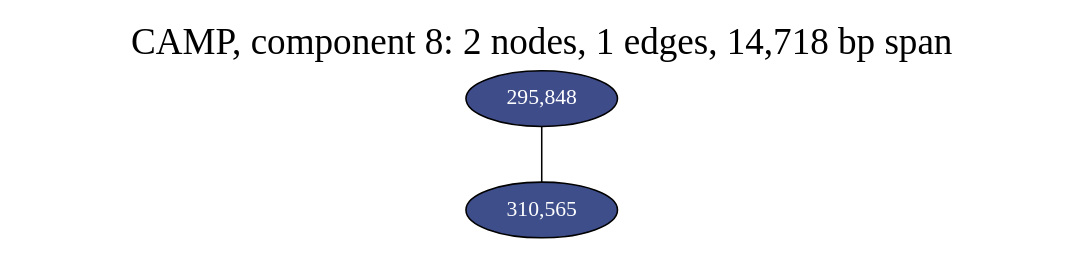
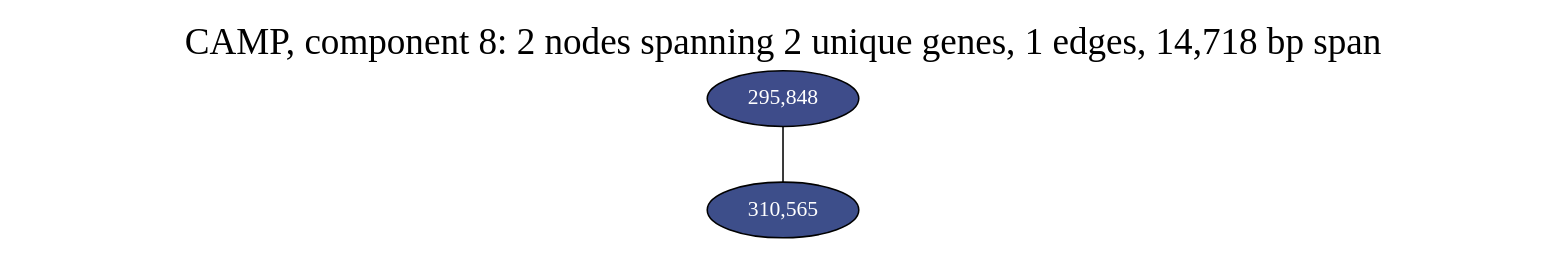
The diagram in notebooks/graphs/CAMP_cc8.gv (fedarko/sheepgut), drawn with Graphviz before and after one commit. The commit also changed 63 other files, not shown here.

Commit message:
gene info in graph labels!

```diff
--- a/notebooks/graphs/CAMP_cc8.gv
+++ b/notebooks/graphs/CAMP_cc8.gv
@@ -1,11 +1,11 @@
 graph CAMP_cc8 {
 	overlap="prism50";
 	outputorder="edgesfirst";
 	node [style="filled"];
-	label="CAMP, component 8: 2 nodes, 1 edges, 14,718 bp span";
+	label="CAMP, component 8: 2 nodes spanning 2 unique genes, 1 edges, 14,718 bp span";
 	labelloc="t";
 	fontsize=24;
 	"295,848" [fillcolor="#3e4c8a", fontcolor="#ffffff"];
 	"310,565" [fillcolor="#3d4e8a", fontcolor="#ffffff"];
 	"295,848" -- "310,565";
 }
```
